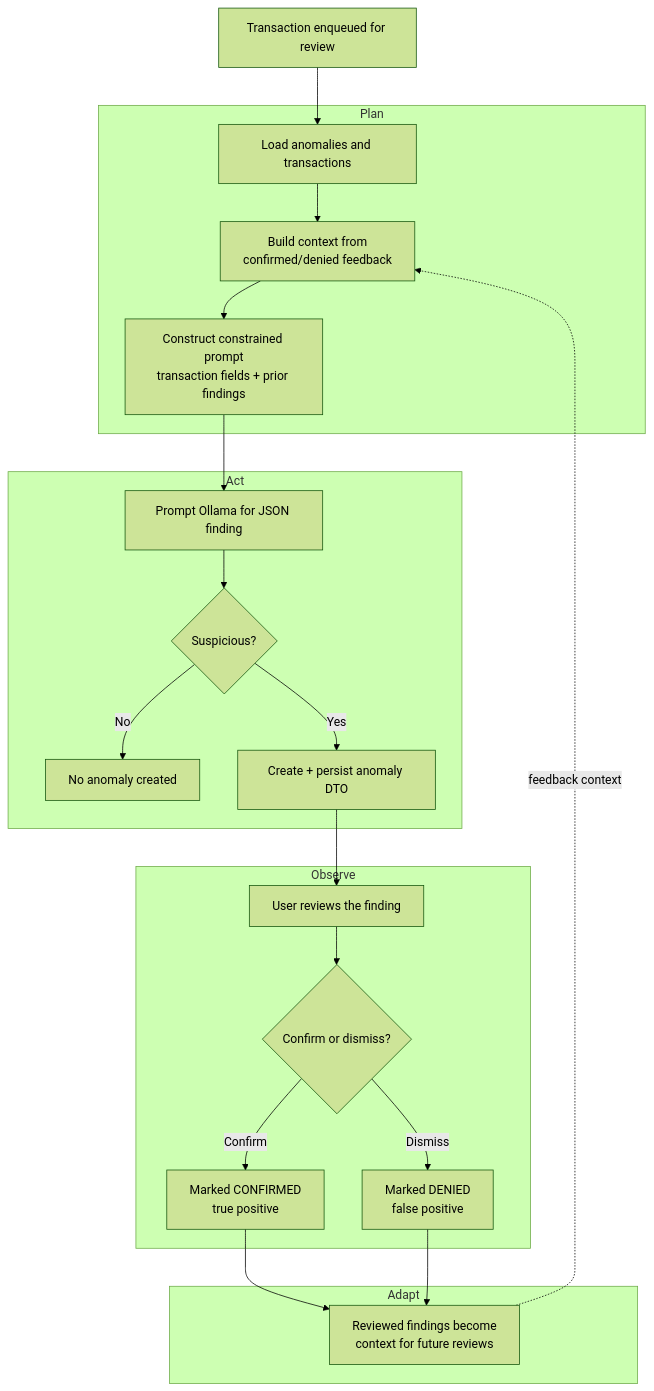
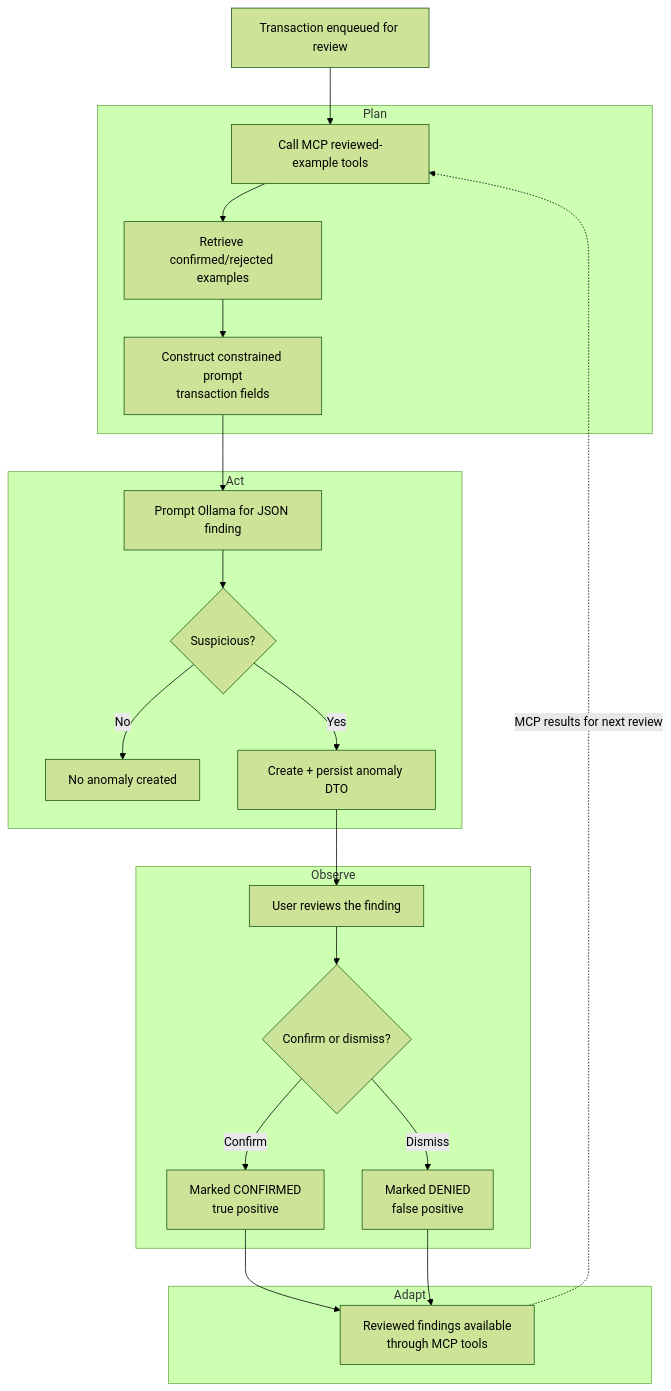
One commit to David-S-22/ASD-Spring-2026 changed the diagram in aiden/backend.md. Above: the diagram before and after it, drawn with Mermaid (forest theme). The commit also changed other lines of this file and 4 other files, not shown here.

````diff
--- a/aiden/backend.md
+++ b/aiden/backend.md
@@ -72,30 +73,30 @@
 ```mermaid
 flowchart TD
     A[Transaction enqueued for review] --> B
 
     subgraph Plan
-        B[Load anomalies and transactions] --> C[Build context from<br/>confirmed/denied feedback]
-        C --> D[Construct constrained prompt<br/>transaction fields + prior findings]
+        B[Call MCP reviewed-example tools] --> C[Retrieve confirmed/rejected examples]
+        C --> D[Construct constrained prompt<br/>transaction fields]
     end
 
     subgraph Act
         D --> E[Prompt Ollama for JSON finding]
         E --> F{Suspicious?}
         F -- No --> G[No anomaly created]
         F -- Yes --> H[Create + persist anomaly DTO]
     end
 
     subgraph Observe
         H --> I[User reviews the finding]
         I --> J{Confirm or dismiss?}
         J -- Confirm --> K[Marked CONFIRMED<br/>true positive]
         J -- Dismiss --> L[Marked DENIED<br/>false positive]
     end
 
     subgraph Adapt
-        K --> M[Reviewed findings become<br/>context for future reviews]
+        K --> M[Reviewed findings available<br/>through MCP tools]
         L --> M
     end
 
-    M -. feedback context .-> C
+    M -. MCP results for next review .-> B
 ```
````
